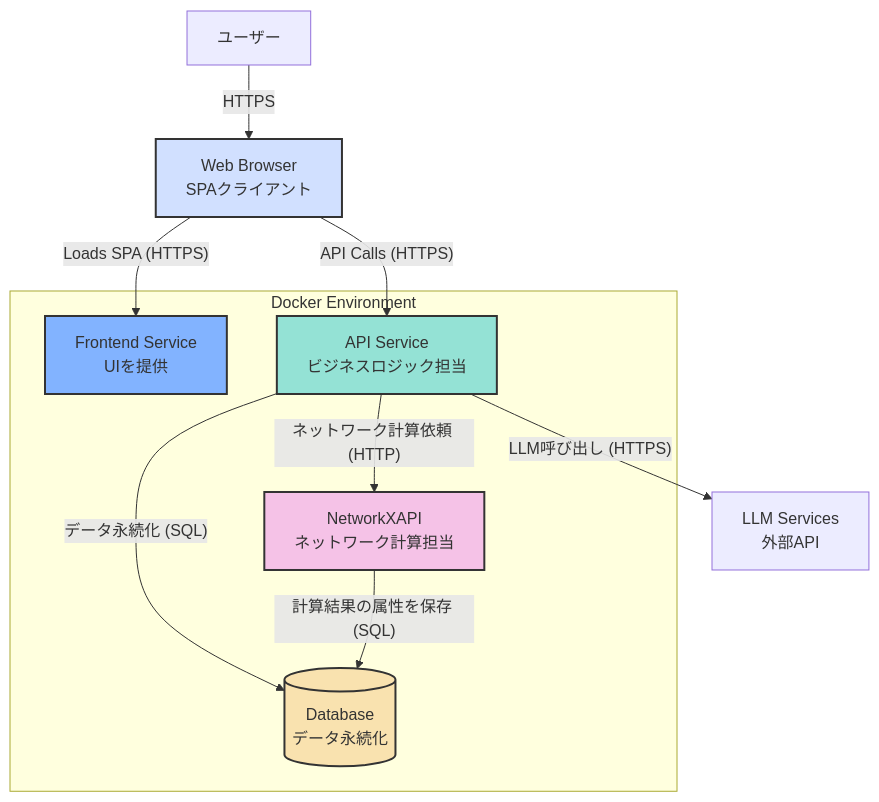
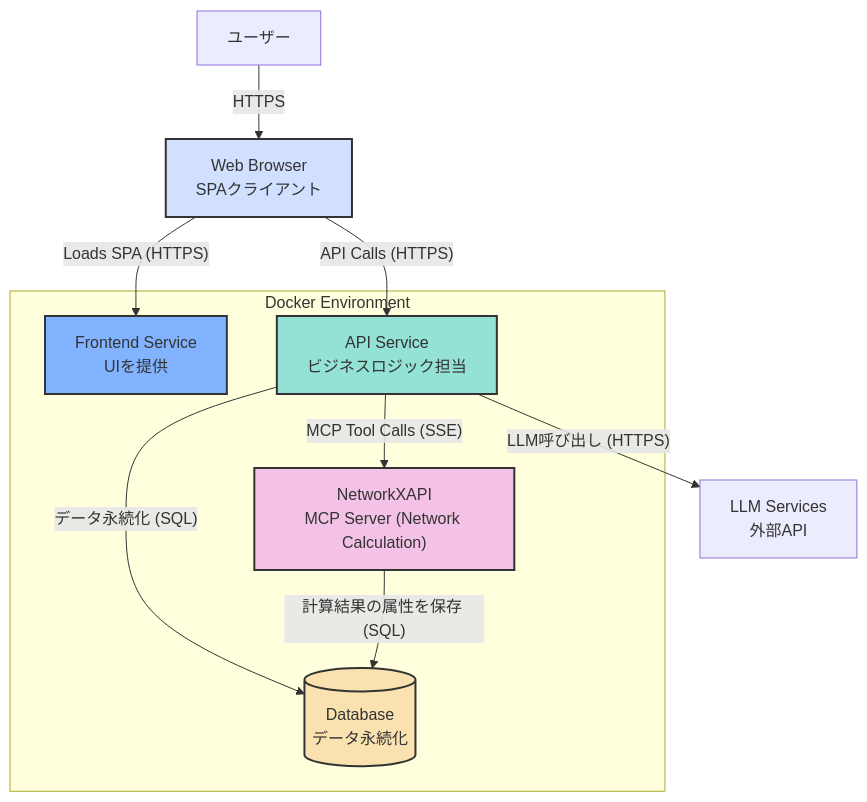
One commit to vdslab/LLMGraphvis changed the second of 2 diagrams in specification/2_Technical_Details/0_Architecture.md. Above: the diagram before and after it, drawn with Mermaid. The commit also changed 19 other files, not shown here.

Commit message:
refactor: Reimplement LLM tool and network service communication using a new MCP client/server with SSE, removing old tool implementations.

````diff
--- a/specification/2_Technical_Details/0_Architecture.md
+++ b/specification/2_Technical_Details/0_Architecture.md
@@ -44,27 +44,27 @@
 ```mermaid
 graph TD
     user[ユーザー] -- "HTTPS" --> webBrowser["Web Browser<br/>SPAクライアント"]
 
     subgraph "Docker Environment"
         frontendService["Frontend Service<br/>UIを提供"]
         apiService["API Service<br/>ビジネスロジック担当"]
-        networkXAPI["NetworkXAPI<br/>ネットワーク計算担当"]
+        networkXAPI["NetworkXAPI<br/>MCP Server (Network Calculation)"]
         database[("Database<br/>データ永続化")]
     end
 
     llmService["LLM Services<br/>外部API"]
 
     webBrowser -- "Loads SPA (HTTPS)" --> frontendService
     webBrowser -- "API Calls (HTTPS)" --> apiService
 
-    apiService -- "ネットワーク計算依頼 (HTTP)" --> networkXAPI
+    apiService -- "MCP Tool Calls (SSE)" --> networkXAPI
     apiService -- "データ永続化 (SQL)" --> database
     networkXAPI -- "計算結果の属性を保存 (SQL)" --> database
     apiService -- "LLM呼び出し (HTTPS)" --> llmService
 
     style webBrowser fill:#d1e0ff,stroke:#333,stroke-width:2px
     style frontendService fill:#82b3ff,stroke:#333,stroke-width:2px
     style apiService fill:#94e2d5,stroke:#333,stroke-width:2px
     style networkXAPI fill:#f5c2e7,stroke:#333,stroke-width:2px
     style database fill:#f9e2af,stroke:#333,stroke-width:2px
 ```
````
